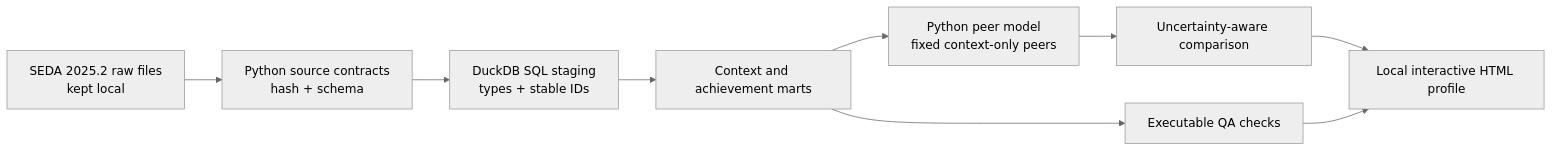
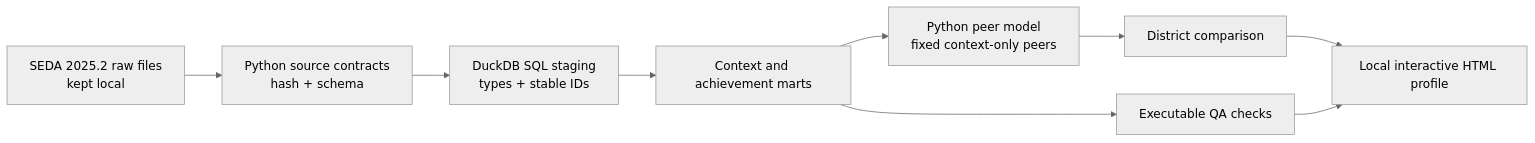
The diagram in README.md (nilkamal11/district-learning-context-explorer), drawn with Mermaid (neutral theme) before and after one commit. The commit also changed other lines of this file and 17 other files, not shown here.

````diff
--- a/README.md
+++ b/README.md
@@ -28,11 +22,11 @@
 ```mermaid
 flowchart LR
     A[SEDA 2025.2 raw files\nkept local] --> B[Python source contracts\nhash + schema]
     B --> C[DuckDB SQL staging\ntypes + stable IDs]
     C --> D[Context and achievement marts]
     D --> E[Python peer model\nfixed context-only peers]
-    E --> F[Uncertainty-aware comparison]
+    E --> F[District comparison]
     F --> G[Local interactive HTML profile]
     D --> H[Executable QA checks]
     H --> G
 ```
````
